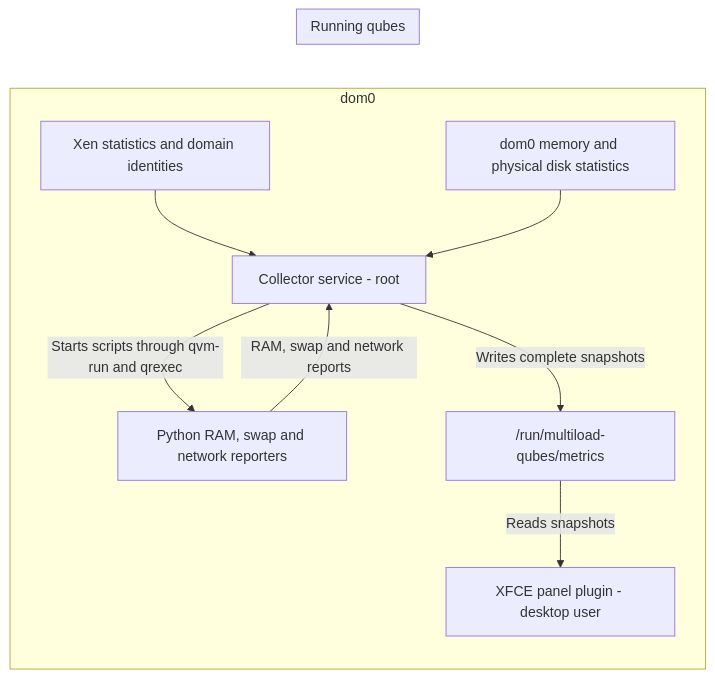
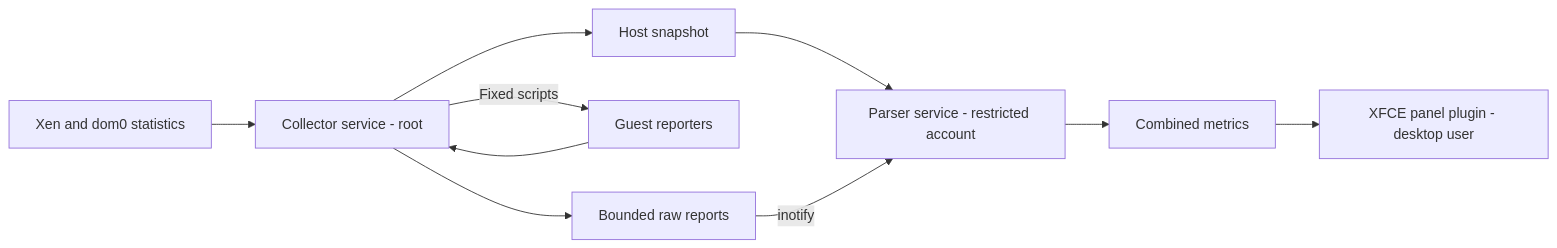
The diagram in README.md (dimonomid/multiload-qubes), drawn with Mermaid before and after one commit. The commit also changed other lines of this file and 18 other files, not shown here.

First line of the commit message:
feat: Split collector and parser in separate services

````diff
--- a/README.md
+++ b/README.md
@@ -77,19 +91,12 @@
 ```mermaid
 flowchart LR
-    subgraph Dom0[dom0]
-        Xen[Xen statistics and domain identities]
-        Host[dom0 memory and physical disk statistics]
-        Collector[Collector service - root]
-        Metrics["/run/multiload-qubes/metrics"]
-        Panel[XFCE panel plugin - desktop user]
-        Xen --> Collector
-        Host --> Collector
-        Collector -->|Starts scripts through qvm-run and qrexec| Reporters
-        Reporters -->|RAM, swap and network reports| Collector
-        Collector -->|Writes complete snapshots| Metrics
-        Metrics -->|Reads snapshots| Panel
-    end
-    subgraph Guests[Running qubes]
-        Reporters[Python RAM, swap and network reporters]
-    end
+    Host[Xen and dom0 statistics] --> Collector[Collector service - root]
+    Collector --> HostFile[Host snapshot]
+    Collector -->|Fixed scripts| Reporters[Guest reporters]
+    Reporters --> Collector
+    Collector --> Raw[Bounded raw reports]
+    HostFile --> Parser[Parser service - restricted account]
+    Raw -->|inotify| Parser
+    Parser --> Metrics[Combined metrics]
+    Metrics --> Panel[XFCE panel plugin - desktop user]
 ```
````
